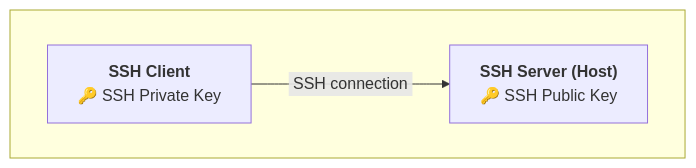
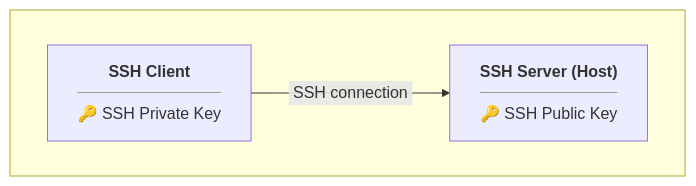
One commit to FG-Net/HomeLab changed the diagram in LXC_root_ssh_key.md. Above: the diagram before and after it, drawn with Mermaid. The commit also changed other lines of this file, not shown here.

````diff
--- a/LXC_root_ssh_key.md
+++ b/LXC_root_ssh_key.md
@@ -7,10 +7,10 @@
 ```mermaid
 flowchart LR
     subgraph "&nbsp;"
         direction LR
-        A["<b>SSH Client</b><br>🔑 SSH Private Key"]
-        B["<b>SSH Server (Host)</b><br>🔑 SSH Public Key"]
+        A["<b>SSH Client</b><br><hr>🔑 SSH Private Key"]
+        B["<b>SSH Server (Host)</b><br><hr>🔑 SSH Public Key"]
     end
 
     A -->|"&nbsp;SSH connection&nbsp;"| B
 ```
````
